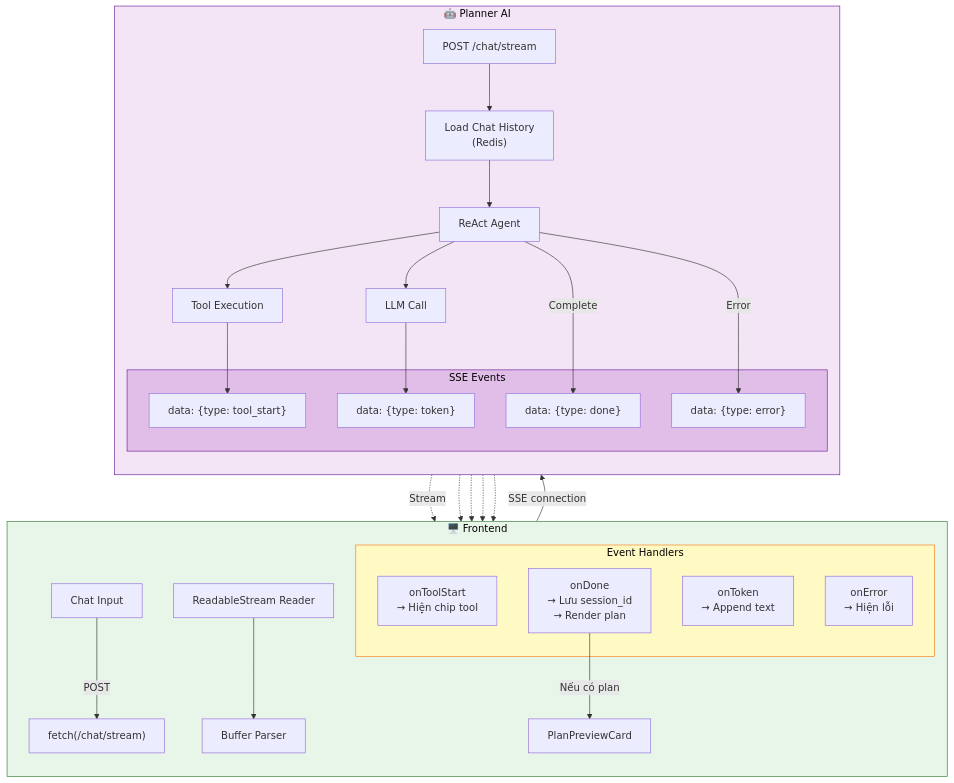
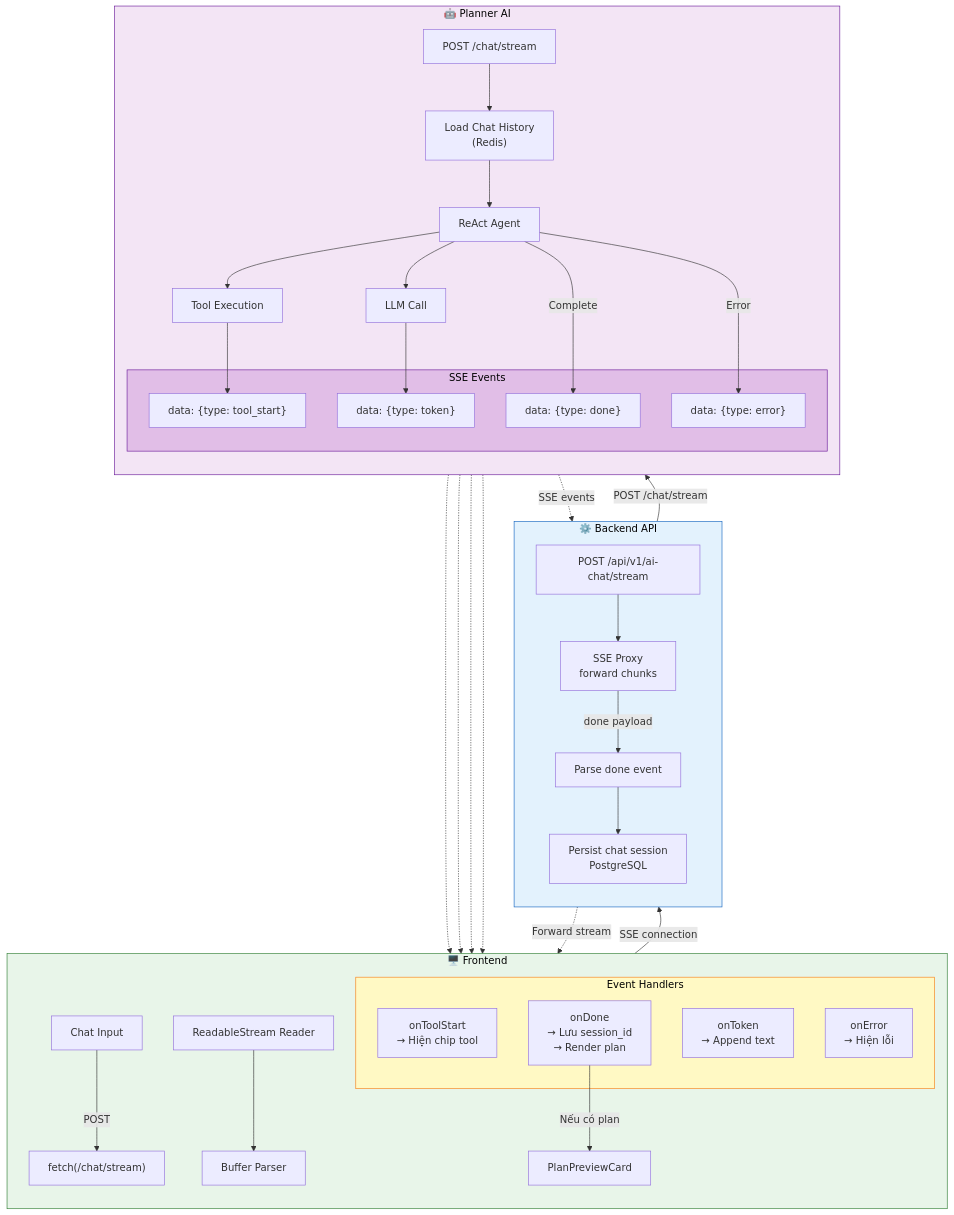
The second of 3 diagrams in docs/diagrams/04-chat-ai-flow.md (TVinhNguyen/Tripcompass), drawn with Mermaid before and after one commit. The commit also changed other lines of this file and 12 other files, not shown here.

Commit message:
docs: add system design diagrams for AI planner and itinerary management workflows and initialize next-env.d.ts.

````diff
--- a/docs/diagrams/04-chat-ai-flow.md
+++ b/docs/diagrams/04-chat-ai-flow.md
@@ -99,59 +109,72 @@
 ```mermaid
 flowchart TB
     subgraph Client["🖥️ Frontend"]
         direction TB
         INPUT["Chat Input"]
         FETCH["fetch(/chat/stream)"]
         READER["ReadableStream Reader"]
         BUFFER["Buffer Parser"]
 
         subgraph EventHandlers["Event Handlers"]
             H_TOOL["onToolStart<br/>→ Hiện chip tool"]
             H_TOKEN["onToken<br/>→ Append text"]
             H_DONE["onDone<br/>→ Lưu session_id<br/>→ Render plan"]
             H_ERROR["onError<br/>→ Hiện lỗi"]
         end
 
         PLAN_CARD["PlanPreviewCard"]
     end
 
+    subgraph Backend["⚙️ Backend API"]
+        direction TB
+        BE_ROUTE["POST /api/v1/ai-chat/stream"]
+        BE_PROXY["SSE Proxy<br/>forward chunks"]
+        BE_PARSE["Parse done event"]
+        BE_SAVE["Persist chat session<br/>PostgreSQL"]
+    end
+
     subgraph Server["🤖 Planner AI"]
         direction TB
         ROUTE["POST /chat/stream"]
         HISTORY["Load Chat History<br/>(Redis)"]
         AGENT["ReAct Agent"]
         TOOL_EXEC["Tool Execution"]
         LLM_CALL["LLM Call"]
 
         subgraph SSE_Events["SSE Events"]
             E1["data: {type: tool_start}"]
             E2["data: {type: token}"]
             E3["data: {type: done}"]
             E4["data: {type: error}"]
         end
     end
 
     INPUT -->|"POST"| FETCH
-    FETCH -->|"SSE connection"| ROUTE
+    FETCH -->|"SSE connection"| BE_ROUTE
+    BE_ROUTE --> BE_PROXY
+    BE_PROXY -->|"POST /chat/stream"| ROUTE
     ROUTE --> HISTORY --> AGENT
 
     AGENT --> TOOL_EXEC --> E1
     AGENT --> LLM_CALL --> E2
     AGENT -->|"Complete"| E3
     AGENT -->|"Error"| E4
 
-    ROUTE -.->|"Stream"| READER
+    ROUTE -.->|"SSE events"| BE_PROXY
+    BE_PROXY -.->|"Forward stream"| READER
+    BE_PROXY -->|"done payload"| BE_PARSE --> BE_SAVE
     READER --> BUFFER
 
     E1 -.-> H_TOOL
     E2 -.-> H_TOKEN
     E3 -.-> H_DONE
     E4 -.-> H_ERROR
 
     H_DONE -->|"Nếu có plan"| PLAN_CARD
 
     style Client fill:#e8f5e9,stroke:#2E7D32,color:#000
+    style Backend fill:#e3f2fd,stroke:#1565C0,color:#000
     style Server fill:#f3e5f5,stroke:#6A1B9A,color:#000
     style EventHandlers fill:#fff9c4,stroke:#F57F17,color:#000
     style SSE_Events fill:#e1bee7,stroke:#6A1B9A,color:#000
 ```
````
